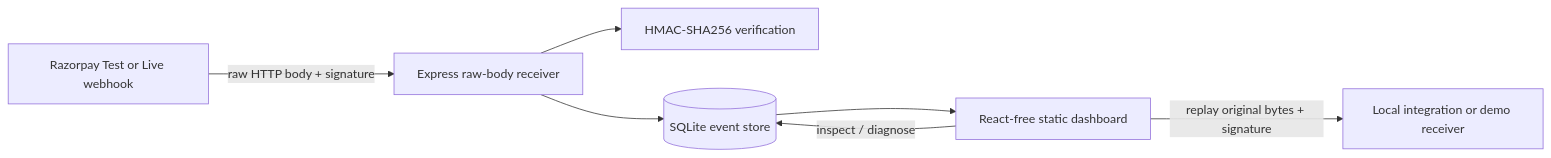
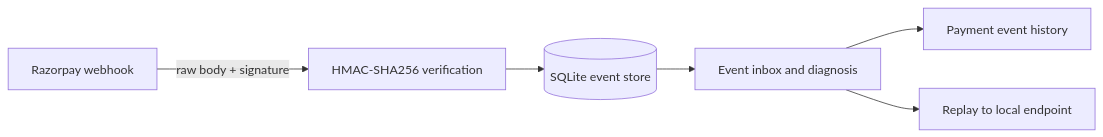
One commit to anushkaBala/WebHook-Dehook changed the diagram in README.md. Above: the diagram before and after it, drawn with Mermaid. The commit also changed other lines of this file, not shown here.

````diff
--- a/README.md
+++ b/README.md
@@ -19,9 +19,8 @@
 ```mermaid
 flowchart LR
-  R[Razorpay Test or Live webhook] -->|raw HTTP body + signature| E[Express raw-body receiver]
-  E --> V[HMAC-SHA256 verification]
-  E --> D[(SQLite event store)]
-  D --> UI[React-free static dashboard]
-  UI -->|inspect / diagnose| D
-  UI -->|replay original bytes + signature| T[Local integration or demo receiver]
+  R[Razorpay webhook] -->|raw body + signature| V[HMAC-SHA256 verification]
+  V --> D[(SQLite event store)]
+  D --> I[Event inbox and diagnosis]
+  I --> T[Payment event history]
+  I --> P[Replay to local endpoint]
 ```
````
